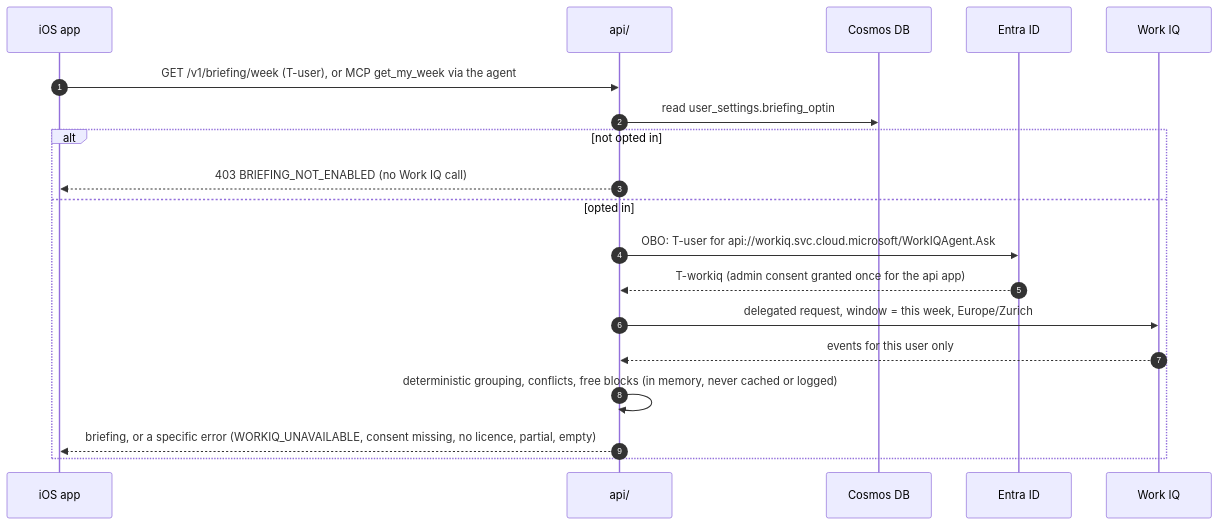
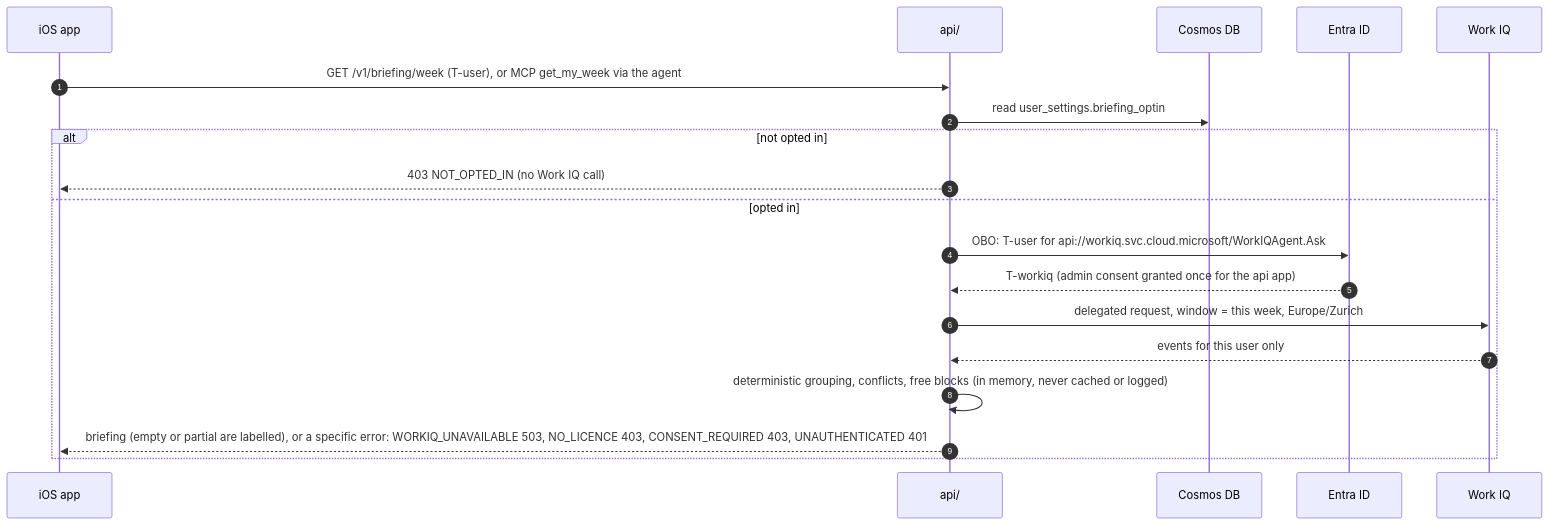
The fourth of 4 diagrams in docs/architecture/auth-flows.md (tedescomicchidev/employee-app), drawn with Mermaid before and after one commit. The commit also changed other lines of this file and 40 other files, not shown here.

````diff
--- a/docs/architecture/auth-flows.md
+++ b/docs/architecture/auth-flows.md
@@ -106,21 +106,21 @@
 ```mermaid
 sequenceDiagram
     autonumber
     participant App as iOS app
     participant API as api/
     participant DB as Cosmos DB
     participant Entra as Entra ID
     participant W as Work IQ
     App->>API: GET /v1/briefing/week (T-user), or MCP get_my_week via the agent
     API->>DB: read user_settings.briefing_optin
     alt not opted in
-        API-->>App: 403 BRIEFING_NOT_ENABLED (no Work IQ call)
+        API-->>App: 403 NOT_OPTED_IN (no Work IQ call)
     else opted in
         API->>Entra: OBO: T-user for api://workiq.svc.cloud.microsoft/WorkIQAgent.Ask
         Entra-->>API: T-workiq (admin consent granted once for the api app)
         API->>W: delegated request, window = this week, Europe/Zurich
         W-->>API: events for this user only
         API->>API: deterministic grouping, conflicts, free blocks (in memory, never cached or logged)
-        API-->>App: briefing, or a specific error (WORKIQ_UNAVAILABLE, consent missing, no licence, partial, empty)
+        API-->>App: briefing (empty or partial are labelled), or a specific error: WORKIQ_UNAVAILABLE 503, NO_LICENCE 403, CONSENT_REQUIRED 403, UNAUTHENTICATED 401
     end
 ```
````
